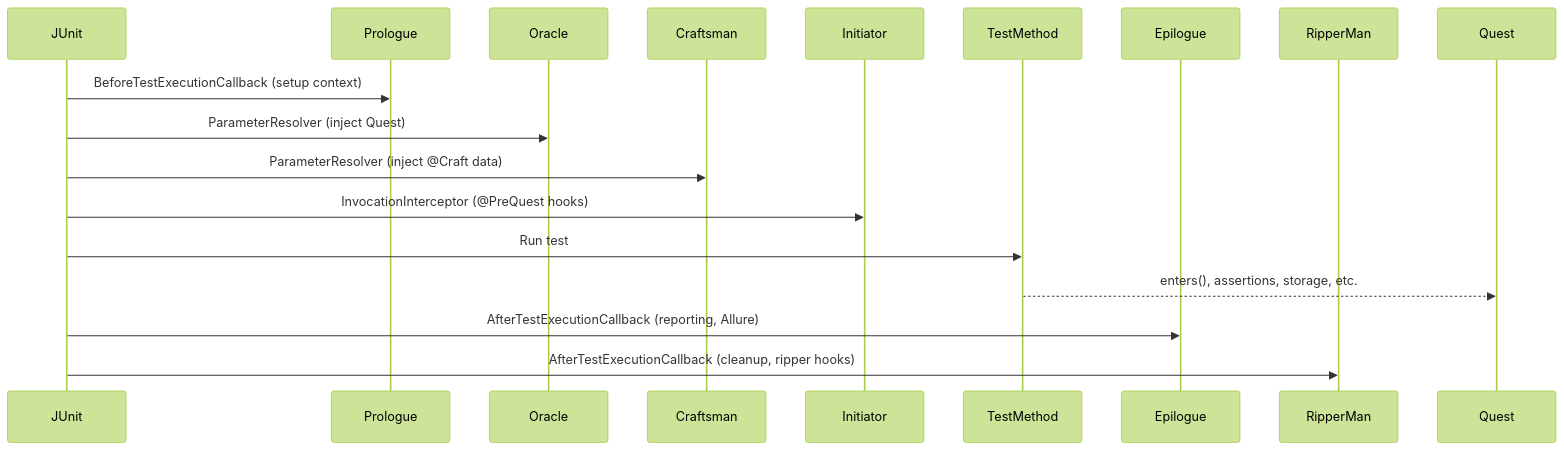
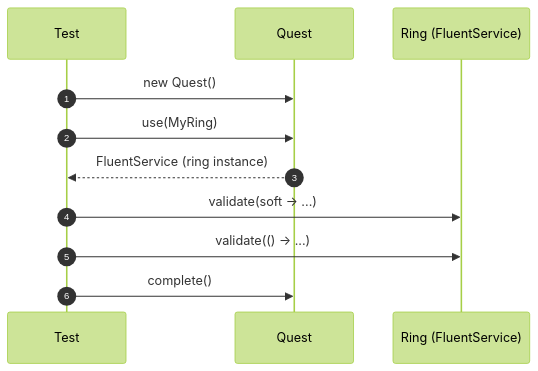
Before and after one commit to CyborgCodeSyndicate/roa-libraries: the third of 4 diagrams in test-framework/README.md, drawn with Mermaid (forest theme). The commit also changed other lines of this file and 3 other files, not shown here.

````diff
--- a/test-framework/README.md
+++ b/test-framework/README.md
@@ -56,20 +238,14 @@
 ```mermaid
 sequenceDiagram
-participant JUnit
-participant Prologue
-participant Oracle
-participant Craftsman
-participant Initiator
-participant TestMethod
-participant Epilogue
-participant RipperMan
+  autonumber
+  participant T as Test
+  participant Q as Quest
+  participant R as Ring (FluentService)
 
-    JUnit->>Prologue: BeforeTestExecutionCallback (setup context)
-    JUnit->>Oracle: ParameterResolver (inject Quest)
-    JUnit->>Craftsman: ParameterResolver (inject @Craft data)
-    JUnit->>Initiator: InvocationInterceptor (@PreQuest hooks)
-    JUnit->>TestMethod: Run test
-    TestMethod-->>Quest: enters(), assertions, storage, etc.
-    JUnit->>Epilogue: AfterTestExecutionCallback (reporting, Allure)
-    JUnit->>RipperMan: AfterTestExecutionCallback (cleanup, ripper hooks)
+  T->>Q: new Quest()
+  T->>Q: use(MyRing)
+  Q-->>T: FluentService (ring instance)
+  T->>R: validate(soft -> ...)
+  T->>R: validate(() -> ...)
+  T->>Q: complete()
 ```
````
